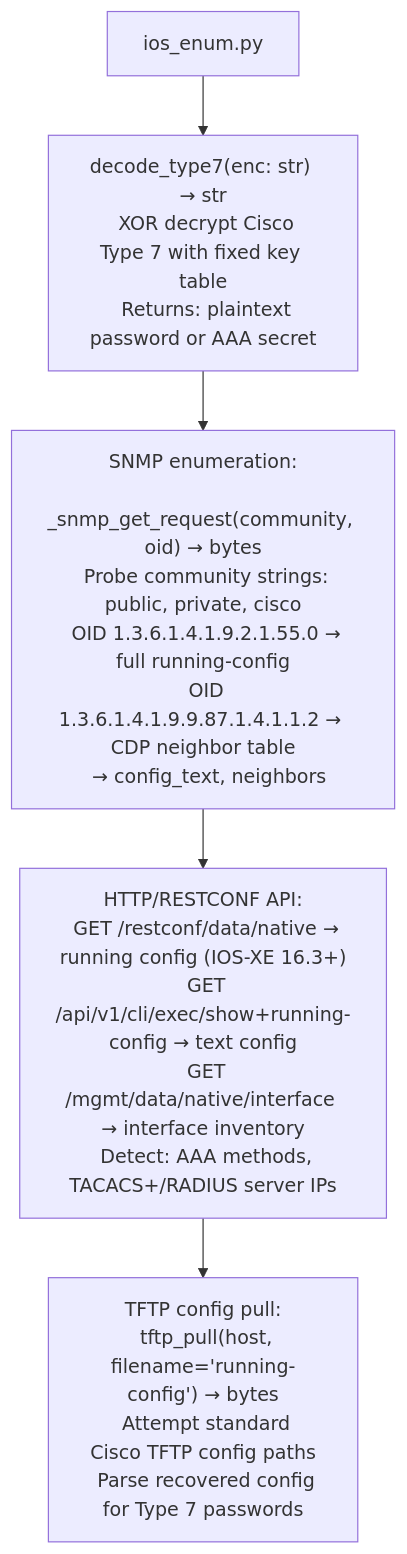
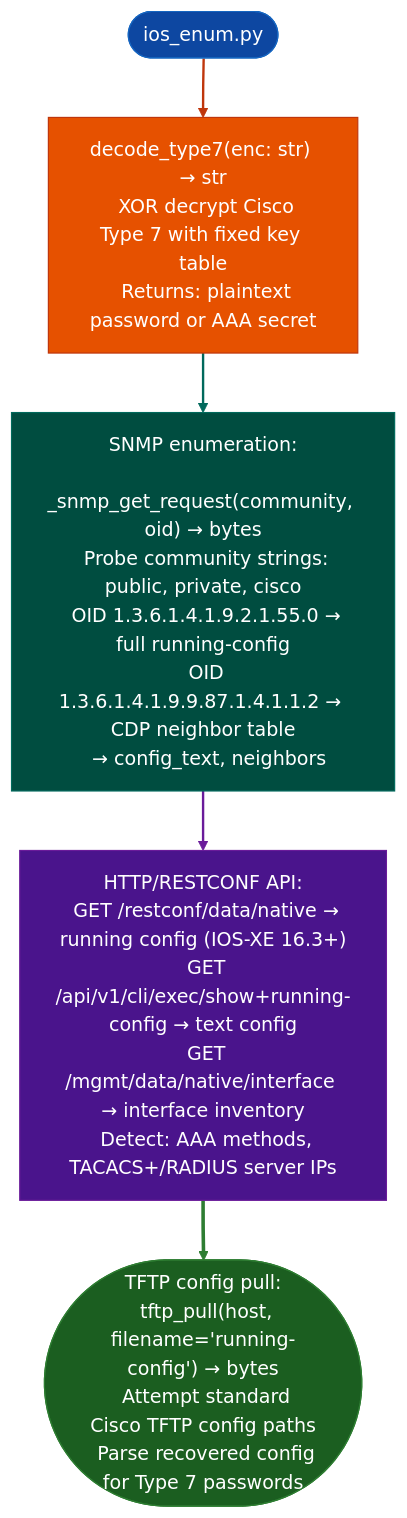
The diagram in docs/reference-modules/ios-ios-xe-appliance-enumeration.md (Ablation-Tool/ablation), drawn with Mermaid before and after one commit. The commit also changed 320 other files, not shown here.

First line of the commit message:
docs: apply canonical Mermaid template to all 321 diagrams

````diff
--- a/docs/reference-modules/ios-ios-xe-appliance-enumeration.md
+++ b/docs/reference-modules/ios-ios-xe-appliance-enumeration.md
@@ -19,7 +19,17 @@
 ```mermaid
 flowchart TD
-    A["ios_enum.py"] --> B["decode_type7(enc: str) → str\n  XOR decrypt Cisco Type 7 with fixed key table\n  Returns: plaintext password or AAA secret"]
-    B --> C["SNMP enumeration:\n  _snmp_get_request(community, oid) → bytes\n  Probe community strings: public, private, cisco\n  OID 1.3.6.1.4.1.9.2.1.55.0 → full running-config\n  OID 1.3.6.1.4.1.9.9.87.1.4.1.1.2 → CDP neighbor table\n  → config_text, neighbors"]
-    C --> D["HTTP/RESTCONF API:\n  GET /restconf/data/native → running config (IOS-XE 16.3+)\n  GET /api/v1/cli/exec/show+running-config → text config\n  GET /mgmt/data/native/interface → interface inventory\n  Detect: AAA methods, TACACS+/RADIUS server IPs"]
-    D --> E["TFTP config pull:\n  tftp_pull(host, filename='running-config') → bytes\n  Attempt standard Cisco TFTP config paths\n  Parse recovered config for Type 7 passwords"]
+    A(["ios_enum.py"]):::input --> B["decode_type7(enc: str) → str\n  XOR decrypt Cisco Type 7 with fixed key table\n  Returns: plaintext password or AAA secret"]:::primary
+    B:::primary --> C["SNMP enumeration:\n  _snmp_get_request(community, oid) → bytes\n  Probe community strings: public, private, cisco\n  OID 1.3.6.1.4.1.9.2.1.55.0 → full running-config\n  OID 1.3.6.1.4.1.9.9.87.1.4.1.1.2 → CDP neighbor table\n  → config_text, neighbors"]:::secondary
+    C:::secondary --> D["HTTP/RESTCONF API:\n  GET /restconf/data/native → running config (IOS-XE 16.3+)\n  GET /api/v1/cli/exec/show+running-config → text config\n  GET /mgmt/data/native/interface → interface inventory\n  Detect: AAA methods, TACACS+/RADIUS server IPs"]:::tertiary
+    D:::tertiary --> E(["TFTP config pull:\n  tftp_pull(host, filename='running-config') → bytes\n  Attempt standard Cisco TFTP config paths\n  Parse recovered config for Type 7 passwords"]):::output
+    classDef input     fill:#0d47a1,stroke:#1565c0,color:#fff
+    classDef primary   fill:#e65100,stroke:#bf360c,color:#fff
+    classDef secondary fill:#004d40,stroke:#00695c,color:#fff
+    classDef tertiary  fill:#4a148c,stroke:#6a1b9a,color:#fff
+    classDef neutral   fill:#37474f,stroke:#546e7a,color:#fff
+    classDef output    fill:#1b5e20,stroke:#2e7d32,color:#fff
+    linkStyle 0 stroke:#bf360c,stroke-width:2px
+    linkStyle 1 stroke:#00695c,stroke-width:2px
+    linkStyle 2 stroke:#6a1b9a,stroke-width:2px
+    linkStyle 3 stroke:#2e7d32,stroke-width:3px
 ```
````
